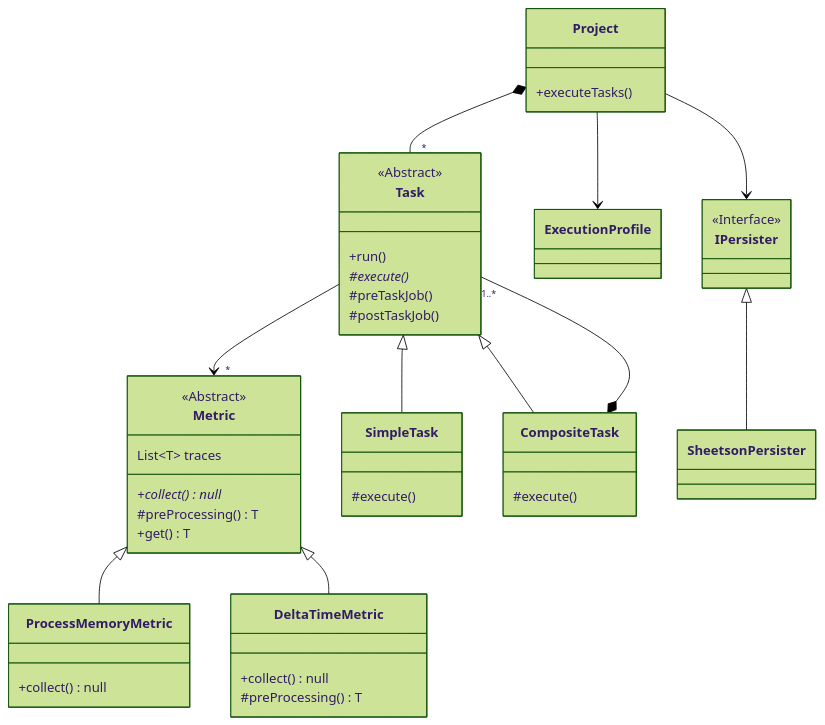
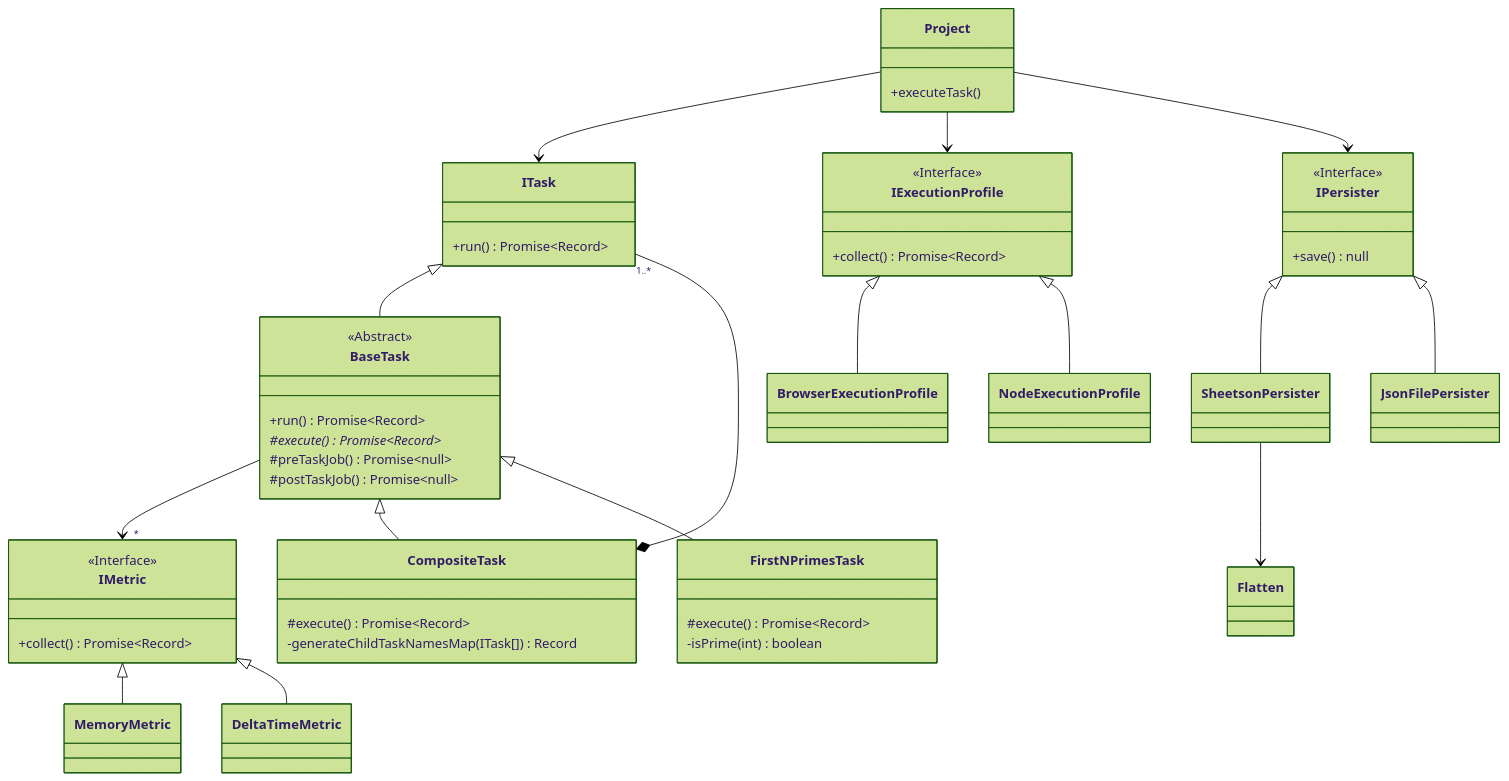
Before and after one commit to El-Chupacabra-TCC/el-chupacabra: the diagram in docs/diagrama-classes-mermaid.md, drawn with Mermaid (forest theme).

Commit message:
Atualizando diagrama de classes.

````diff
--- a/docs/diagrama-classes-mermaid.md
+++ b/docs/diagrama-classes-mermaid.md
@@ -6,69 +6,81 @@
 
         %% PROJECT LEVEL
 
-        Project *-- "*" Task
-        Project --> ExecutionProfile
+        Project --> ITask
+        Project --> IExecutionProfile
         Project --> IPersister
-        Task --> "*" Metric
 
         class Project {
-            +executeTasks()
+            +executeTask()
         }
 
-        class ExecutionProfile {
+
+        %% TASK MODULE
+
+        ITask <|-- BaseTask
+        BaseTask --> "*" IMetric
+        BaseTask <|-- CompositeTask
+        BaseTask <|-- FirstNPrimesTask
+        ITask "1..*" --* CompositeTask
+
+        class ITask {
+            +run() Promise~Record~
+        }
+
+        class BaseTask {
+            <<Abstract>>
+            +run() Promise~Record~
+            #execute()* Promise~Record~
+            #preTaskJob() Promise~null~
+            #postTaskJob() Promise~null~
+        }
+
+        class CompositeTask {
+            #execute() Promise~Record~
+            -generateChildTaskNamesMap(ITask[]) Record
+        }
+
+        class FirstNPrimesTask {
+            #execute() Promise~Record~
+            -isPrime(int) boolean
+        }
+
+
+        %% EXECUTION PROFILE MODULE
+
+        IExecutionProfile <|-- BrowserExecutionProfile
+        IExecutionProfile <|-- NodeExecutionProfile
+
+        class IExecutionProfile {
+            <<Interface>>
+            +collect() Promise~Record~
+        }
+
+        class BrowserExecutionProfile {
+
+        }
+
+        class NodeExecutionProfile {
 
         }
 
 
+        %% METRICS MODULE
 
-        %% Task family
+        IMetric <|-- MemoryMetric
+        IMetric <|-- DeltaTimeMetric
 
-        Task <|-- SimpleTask
-        Task <|-- CompositeTask
-        Task "1..*" --* CompositeTask
-
-        class Task {
-            <<Abstract>>
-            +run()
-            #execute()*
-            #preTaskJob()
-            #postTaskJob()
+        class IMetric {
+            <<Interface>>
+            +collect() Promise~Record~
         }
 
-        class SimpleTask {
-            #execute()
-        }
+        class MemoryMetric {
 
-        class CompositeTask {
-            #execute()
-        }
-
-
-
-        %% Metric family
-
-        Metric <|-- ProcessMemoryMetric
-        Metric <|-- DeltaTimeMetric
-
-        class Metric {
-            %% This should be a generic class where the type `T` will be the 
-            %% primitive type of the metric.
-            <<Abstract>>
-            List~T~ traces
-            +collect()* null
-            #preProcessing() T
-            +get() T
-        }
-
-        class ProcessMemoryMetric {
-            %% Gets the current memory allocated by the process.
-            +collect() null
         }
 
         class DeltaTimeMetric {
-            %% Calculates the time between the last two collect method calls.
-            +collect() null
-            #preProcessing() T
+
         }
 
 
@@ -76,14 +88,23 @@
         %% PERSISTENCE MODULE
 
         IPersister <|-- SheetsonPersister
+        IPersister <|-- JsonFilePersister
+        SheetsonPersister --> Flatten
 
         class IPersister {
             <<Interface>>
-
-
+            +save() null
         }
 
         class SheetsonPersister {
 
         }
+
+        class JsonFilePersister {
+
+        }
+
+        class Flatten {
+
+        }
 ```
````
